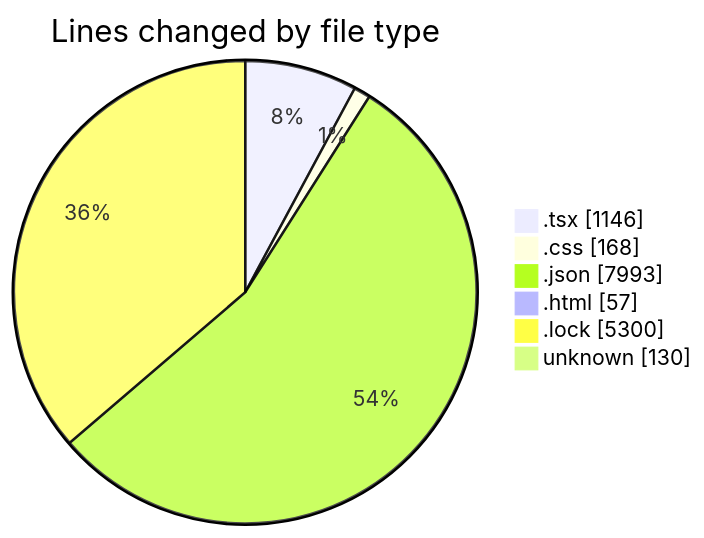
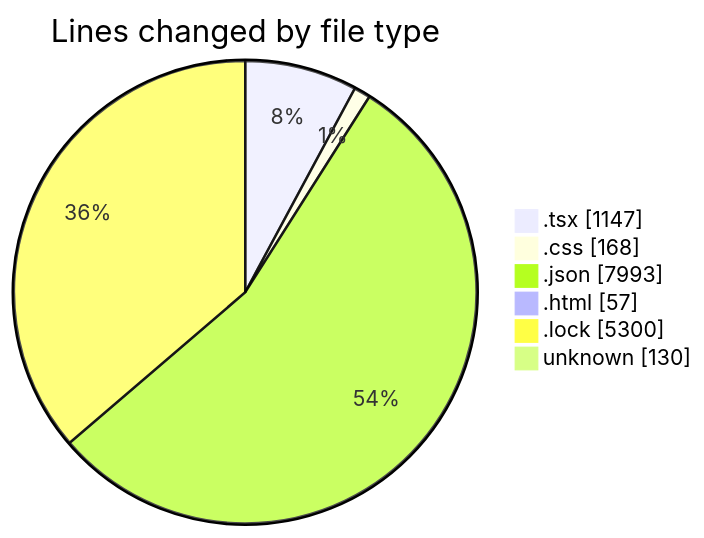
The first of 2 diagrams in 2025-08-12/ribbon/README.md (EIIisD/code-tracking), drawn with Mermaid before and after one commit. The commit also changed other lines of this file and 1 other file, not shown here.

````diff
--- a/2025-08-12/ribbon/README.md
+++ b/2025-08-12/ribbon/README.md
@@ -34,10 +34,10 @@
 ```mermaid
 pie showData
 title Lines changed by file type
-".tsx" : 1146
+".tsx" : 1147
 ".css" : 168
 ".json" : 7993
 ".html" : 57
 ".lock" : 5300
 "unknown" : 130
 ```
````
